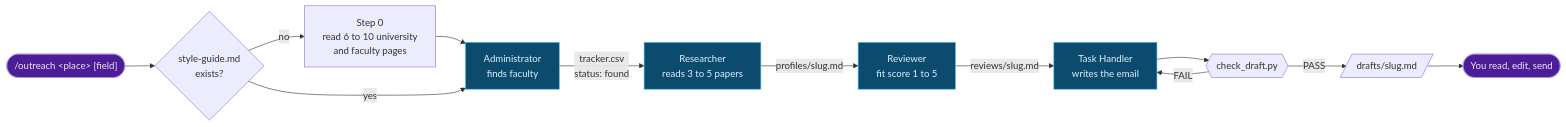
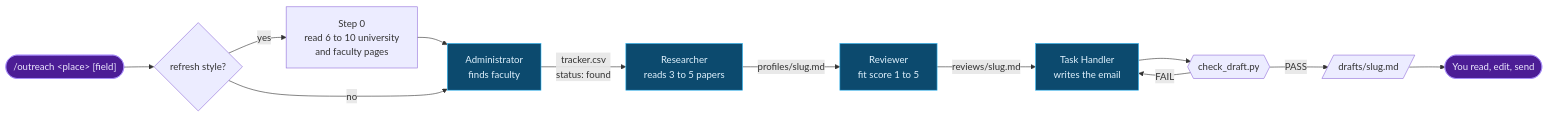
The first of 2 diagrams in README.md (NiloyBhattacharjee/supervisor-outreach-team), drawn with Mermaid before and after one commit. The commit also changed other lines of this file and 5 other files, not shown here.

````diff
--- a/README.md
+++ b/README.md
@@ -34,19 +34,19 @@
 ```mermaid
 flowchart LR
-    U(["/outreach &lt;place&gt; [field]"]) --> S0{style-guide.md<br/>exists?}
-    S0 -- no --> SG[Step 0<br/>read 6 to 10 university<br/>and faculty pages] --> A
-    S0 -- yes --> A
+    U(["/outreach &lt;place&gt; [field]"]) --> S0{refresh style?}
+    S0 -- yes --> SG[Step 0<br/>read 6 to 10 university<br/>and faculty pages] --> A
+    S0 -- no --> A
 
     A["Administrator<br/>finds faculty"] -->|tracker.csv<br/>status: found| R["Researcher<br/>reads 3 to 5 papers"]
     R -->|profiles/slug.md| V["Reviewer<br/>fit score 1 to 5"]
     V -->|reviews/slug.md| T["Task Handler<br/>writes the email"]
     T --> C{{check_draft.py}}
     C -- FAIL --> T
     C -- PASS --> D[/"drafts/slug.md"/]
     D --> Y(["You read, edit, send"])
 
     classDef agent fill:#0c4a6e,stroke:#38bdf8,color:#e0f2fe
     classDef you fill:#4c1d95,stroke:#a78bfa,color:#ede9fe
     class A,R,V,T agent
     class U,Y you
 ```
````
